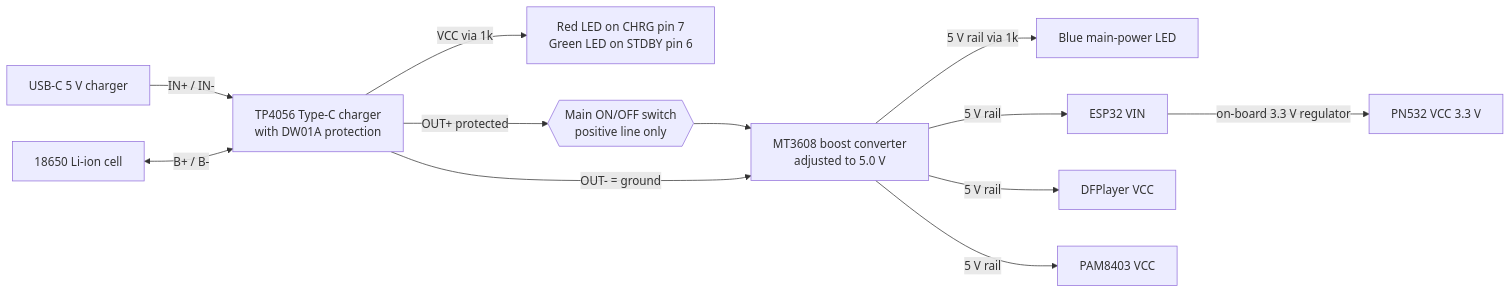
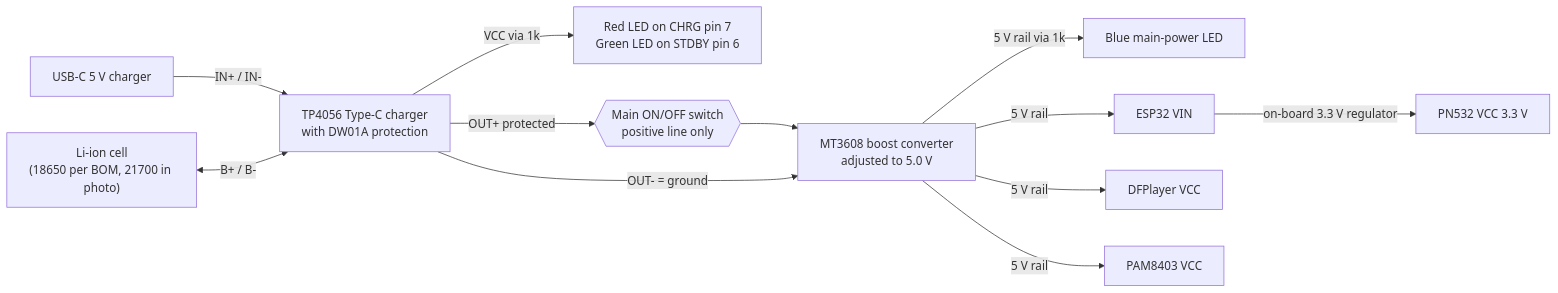
One commit to thrinathpolanki/talking-medicine-label changed the second of 3 diagrams in README.md. Above: the diagram before and after it, drawn with Mermaid. The commit also changed other lines of this file, not shown here.

````diff
--- a/README.md
+++ b/README.md
@@ -89,14 +89,14 @@
 ```mermaid
 flowchart LR
   USBC["USB-C 5 V charger"] -->|"IN+ / IN-"| TP
-  BAT["18650 Li-ion cell"] <-->|"B+ / B-"| TP["TP4056 Type-C charger<br/>with DW01A protection"]
+  BAT["Li-ion cell<br/>(18650 per BOM, 21700 in photo)"] <-->|"B+ / B-"| TP["TP4056 Type-C charger<br/>with DW01A protection"]
   TP -->|"VCC via 1k"| LEDS["Red LED on CHRG pin 7<br/>Green LED on STDBY pin 6"]
   TP -->|"OUT+ protected"| SW{{"Main ON/OFF switch<br/>positive line only"}}
   SW --> MT["MT3608 boost converter<br/>adjusted to 5.0 V"]
   TP -->|"OUT- = ground"| MT
   MT -->|"5 V rail via 1k"| BLUE["Blue main-power LED"]
   MT -->|"5 V rail"| ESPV["ESP32 VIN"]
   MT -->|"5 V rail"| DFV["DFPlayer VCC"]
   MT -->|"5 V rail"| PAMV["PAM8403 VCC"]
   ESPV -->|"on-board 3.3 V regulator"| PNV["PN532 VCC 3.3 V"]
 ```
````
